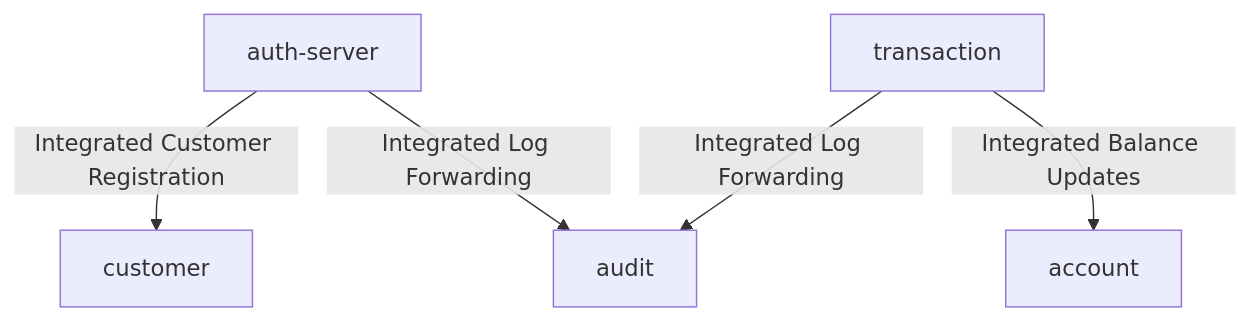
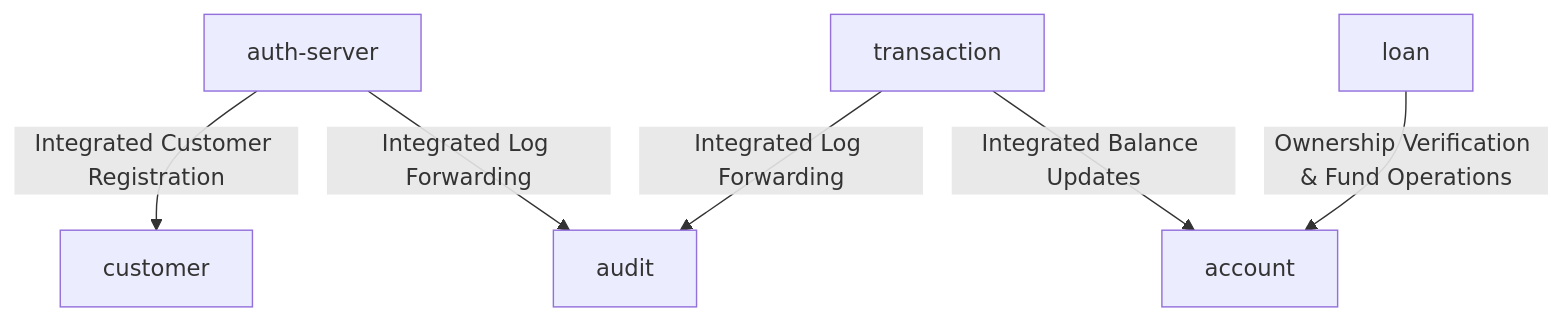
One commit to Lfav07/amerbank-micro changed the second of 3 diagrams in README.md. Above: the diagram before and after it, drawn with Mermaid. The commit also changed other lines of this file and 1 other file, not shown here.

Commit message:
feat: document loan microservice

````diff
--- a/README.md
+++ b/README.md
@@ -129,7 +133,8 @@
 ```mermaid
 graph TD
   auth-server -->|Integrated Customer Registration| customer
   transaction -->|Integrated Balance Updates| account
+  loan -->|Ownership Verification & Fund Operations| account
   auth-server --> |Integrated Log Forwarding| audit
   transaction --> |Integrated Log Forwarding| audit
 ```
````
